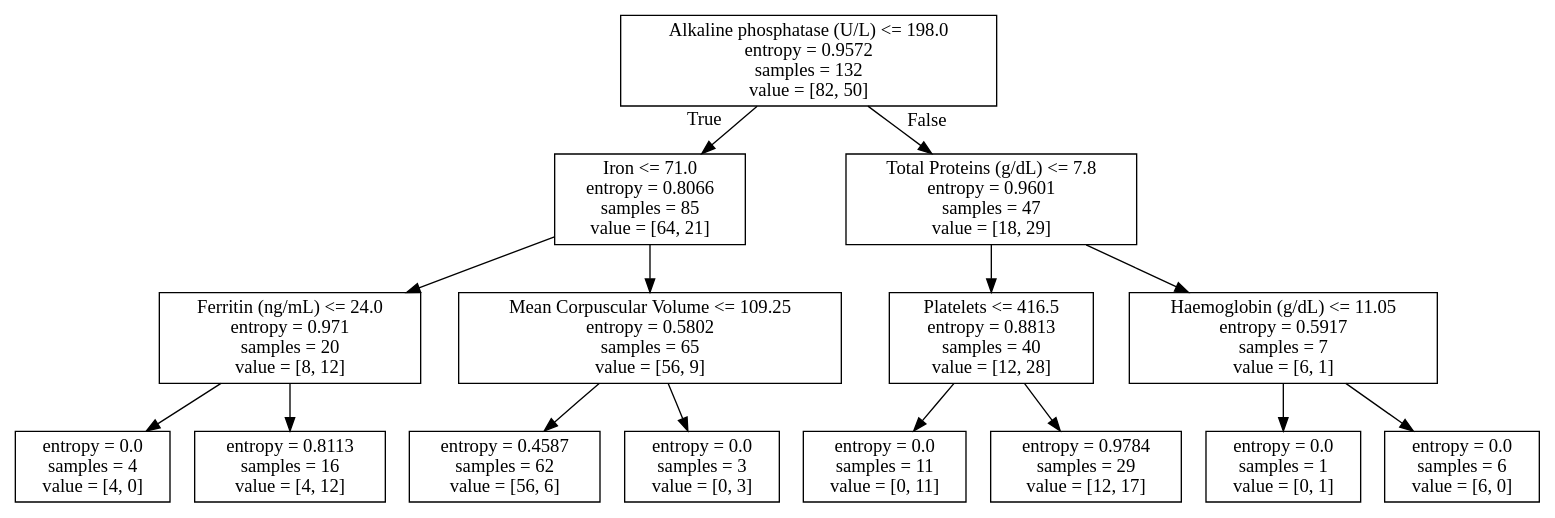
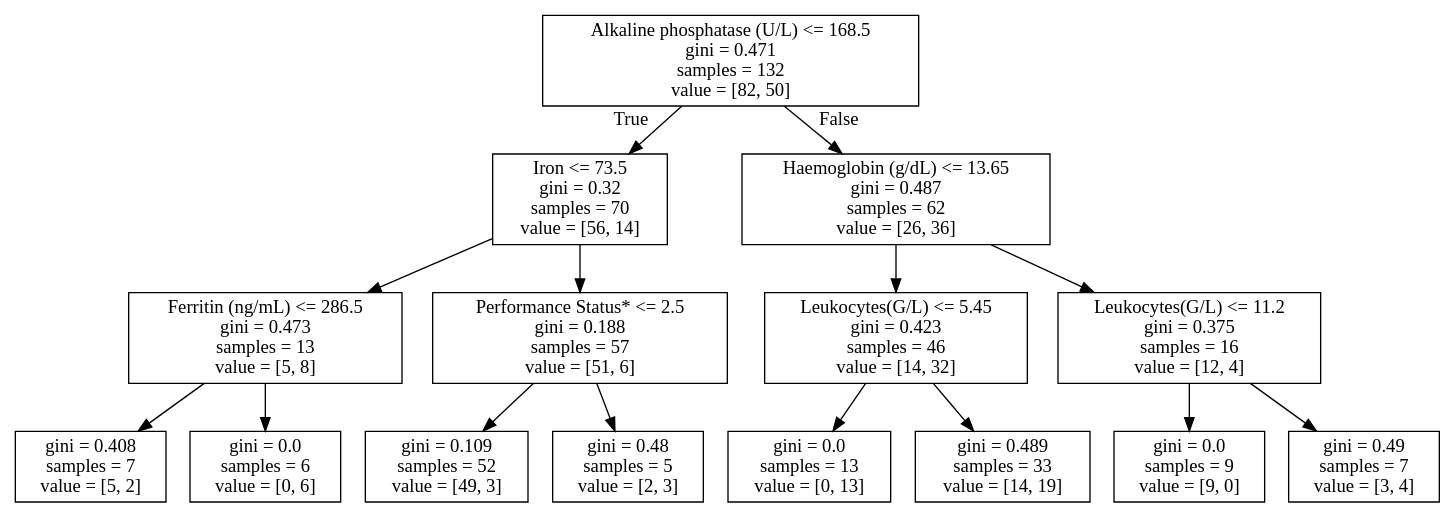
Before and after one commit to UrbsLab/ML_Pipeline_Notebooks: the diagram in dt.dot, drawn with Graphviz. The commit also changed 53 other files, not shown here.

```diff
--- a/dt.dot
+++ b/dt.dot
@@ -1,32 +1,32 @@
 digraph Tree {
 node [shape=box] ;
-0 [label="Alkaline phosphatase (U/L) <= 198.0\nentropy = 0.9572\nsamples = 132\nvalue = [82, 50]"] ;
-1 [label="Iron <= 71.0\nentropy = 0.8066\nsamples = 85\nvalue = [64, 21]"] ;
+0 [label="Alkaline phosphatase (U/L) <= 168.5\ngini = 0.471\nsamples = 132\nvalue = [82, 50]"] ;
+1 [label="Iron <= 73.5\ngini = 0.32\nsamples = 70\nvalue = [56, 14]"] ;
 0 -> 1 [labeldistance=2.5, labelangle=45, headlabel="True"] ;
-2 [label="Ferritin (ng/mL) <= 24.0\nentropy = 0.971\nsamples = 20\nvalue = [8, 12]"] ;
+2 [label="Ferritin (ng/mL) <= 286.5\ngini = 0.473\nsamples = 13\nvalue = [5, 8]"] ;
 1 -> 2 ;
-3 [label="entropy = 0.0\nsamples = 4\nvalue = [4, 0]"] ;
+3 [label="gini = 0.408\nsamples = 7\nvalue = [5, 2]"] ;
 2 -> 3 ;
-4 [label="entropy = 0.8113\nsamples = 16\nvalue = [4, 12]"] ;
+4 [label="gini = 0.0\nsamples = 6\nvalue = [0, 6]"] ;
 2 -> 4 ;
-5 [label="Mean Corpuscular Volume <= 109.25\nentropy = 0.5802\nsamples = 65\nvalue = [56, 9]"] ;
+5 [label="Performance Status* <= 2.5\ngini = 0.188\nsamples = 57\nvalue = [51, 6]"] ;
 1 -> 5 ;
-6 [label="entropy = 0.4587\nsamples = 62\nvalue = [56, 6]"] ;
+6 [label="gini = 0.109\nsamples = 52\nvalue = [49, 3]"] ;
 5 -> 6 ;
-7 [label="entropy = 0.0\nsamples = 3\nvalue = [0, 3]"] ;
+7 [label="gini = 0.48\nsamples = 5\nvalue = [2, 3]"] ;
 5 -> 7 ;
-8 [label="Total Proteins (g/dL) <= 7.8\nentropy = 0.9601\nsamples = 47\nvalue = [18, 29]"] ;
+8 [label="Haemoglobin (g/dL) <= 13.65\ngini = 0.487\nsamples = 62\nvalue = [26, 36]"] ;
 0 -> 8 [labeldistance=2.5, labelangle=-45, headlabel="False"] ;
-9 [label="Platelets <= 416.5\nentropy = 0.8813\nsamples = 40\nvalue = [12, 28]"] ;
+9 [label="Leukocytes(G/L) <= 5.45\ngini = 0.423\nsamples = 46\nvalue = [14, 32]"] ;
 8 -> 9 ;
-10 [label="entropy = 0.0\nsamples = 11\nvalue = [0, 11]"] ;
+10 [label="gini = 0.0\nsamples = 13\nvalue = [0, 13]"] ;
 9 -> 10 ;
-11 [label="entropy = 0.9784\nsamples = 29\nvalue = [12, 17]"] ;
+11 [label="gini = 0.489\nsamples = 33\nvalue = [14, 19]"] ;
 9 -> 11 ;
-12 [label="Haemoglobin (g/dL) <= 11.05\nentropy = 0.5917\nsamples = 7\nvalue = [6, 1]"] ;
+12 [label="Leukocytes(G/L) <= 11.2\ngini = 0.375\nsamples = 16\nvalue = [12, 4]"] ;
 8 -> 12 ;
-13 [label="entropy = 0.0\nsamples = 1\nvalue = [0, 1]"] ;
+13 [label="gini = 0.0\nsamples = 9\nvalue = [9, 0]"] ;
 12 -> 13 ;
-14 [label="entropy = 0.0\nsamples = 6\nvalue = [6, 0]"] ;
+14 [label="gini = 0.49\nsamples = 7\nvalue = [3, 4]"] ;
 12 -> 14 ;
 }
```
